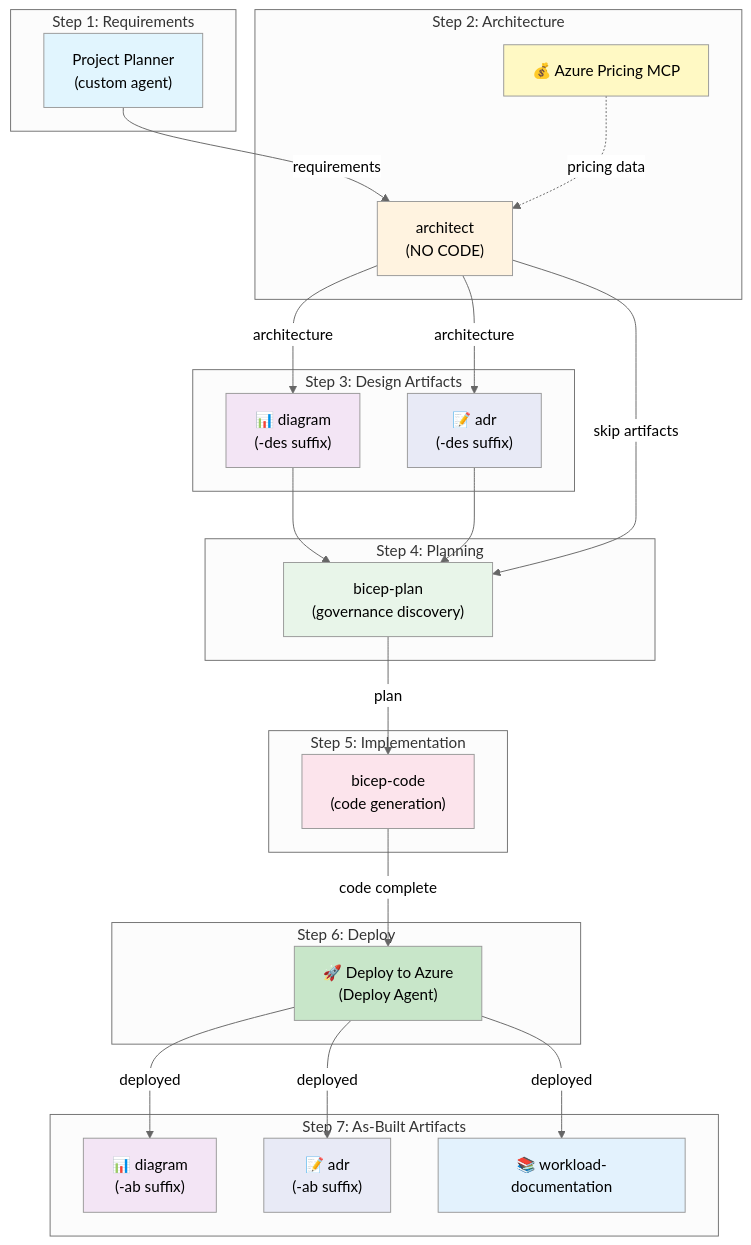
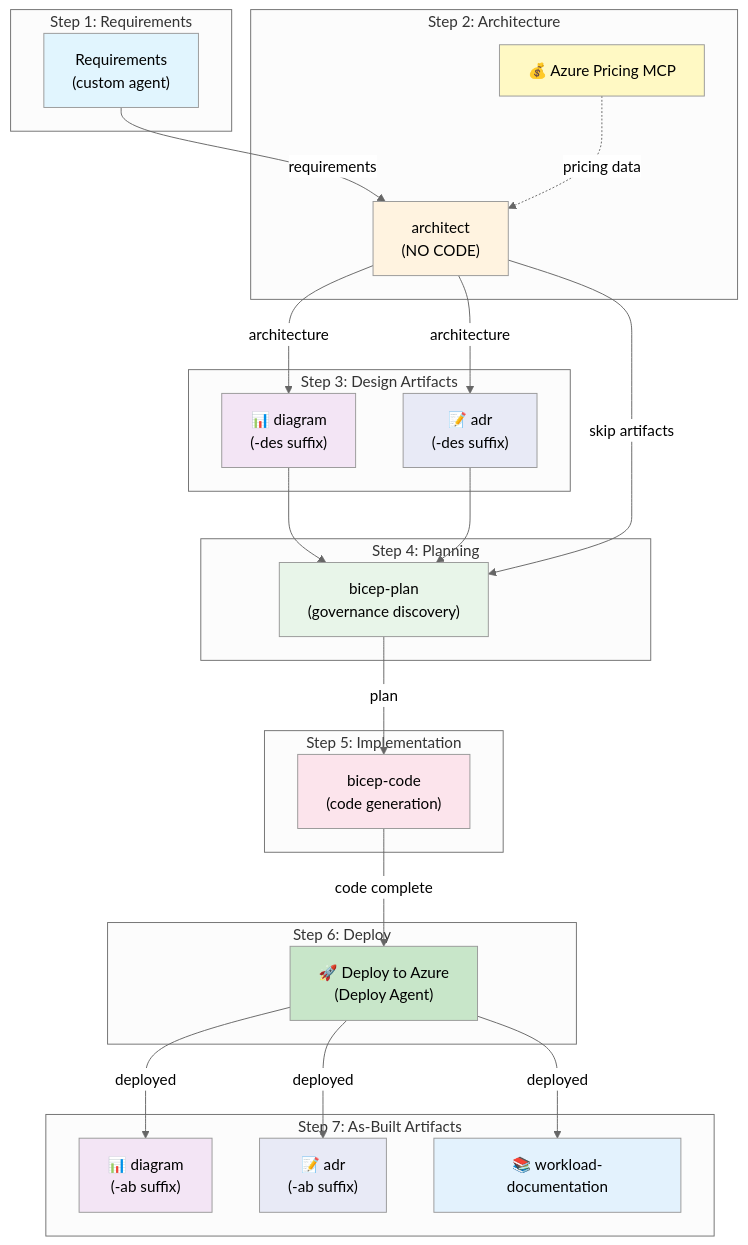
The first of 2 diagrams in docs/reference/workflow.md (SmitaCnovate/azure-agentic-infraops), drawn with Mermaid before and after one commit. The commit also changed other lines of this file and 30 other files, not shown here.

First line of the commit message:
feat(agents): rename @plan agent to @requirements

````diff
--- a/docs/reference/workflow.md
+++ b/docs/reference/workflow.md
@@ -27,60 +27,60 @@
 ```mermaid
 %%{init: {'theme':'neutral'}}%%
 graph TB
     subgraph "Step 1: Requirements"
-        P["Project Planner<br/>(custom agent)"]
+        P["Requirements<br/>(custom agent)"]
     end
 
     subgraph "Step 2: Architecture"
         A["architect<br/>(NO CODE)"]
         MCP["💰 Azure Pricing MCP"]
     end
 
     subgraph "Step 3: Design Artifacts"
         D["📊 diagram<br/>(-des suffix)"]
         ADR1["📝 adr<br/>(-des suffix)"]
     end
 
     subgraph "Step 4: Planning"
         B["bicep-plan<br/>(governance discovery)"]
     end
 
     subgraph "Step 5: Implementation"
         I["bicep-code<br/>(code generation)"]
     end
 
     subgraph "Step 6: Deploy"
         DEP["🚀 Deploy to Azure<br/>(Deploy Agent)"]
     end
 
     subgraph "Step 7: As-Built Artifacts"
         D2["📊 diagram<br/>(-ab suffix)"]
         ADR2["📝 adr<br/>(-ab suffix)"]
         WL["📚 workload-documentation"]
     end
 
     P -->|"requirements"| A
     MCP -.->|"pricing data"| A
     A -->|"architecture"| D
     A -->|"architecture"| ADR1
     D --> B
     ADR1 --> B
     A -->|"skip artifacts"| B
     B -->|"plan"| I
     I -->|"code complete"| DEP
     DEP -->|"deployed"| D2
     DEP -->|"deployed"| ADR2
     DEP -->|"deployed"| WL
 
     style P fill:#e1f5fe
     style A fill:#fff3e0
     style MCP fill:#fff9c4
     style D fill:#f3e5f5
     style ADR1 fill:#e8eaf6
     style B fill:#e8f5e9
     style I fill:#fce4ec
     style DEP fill:#c8e6c9
     style D2 fill:#f3e5f5
     style ADR2 fill:#e8eaf6
     style WL fill:#e3f2fd
 ```
````
